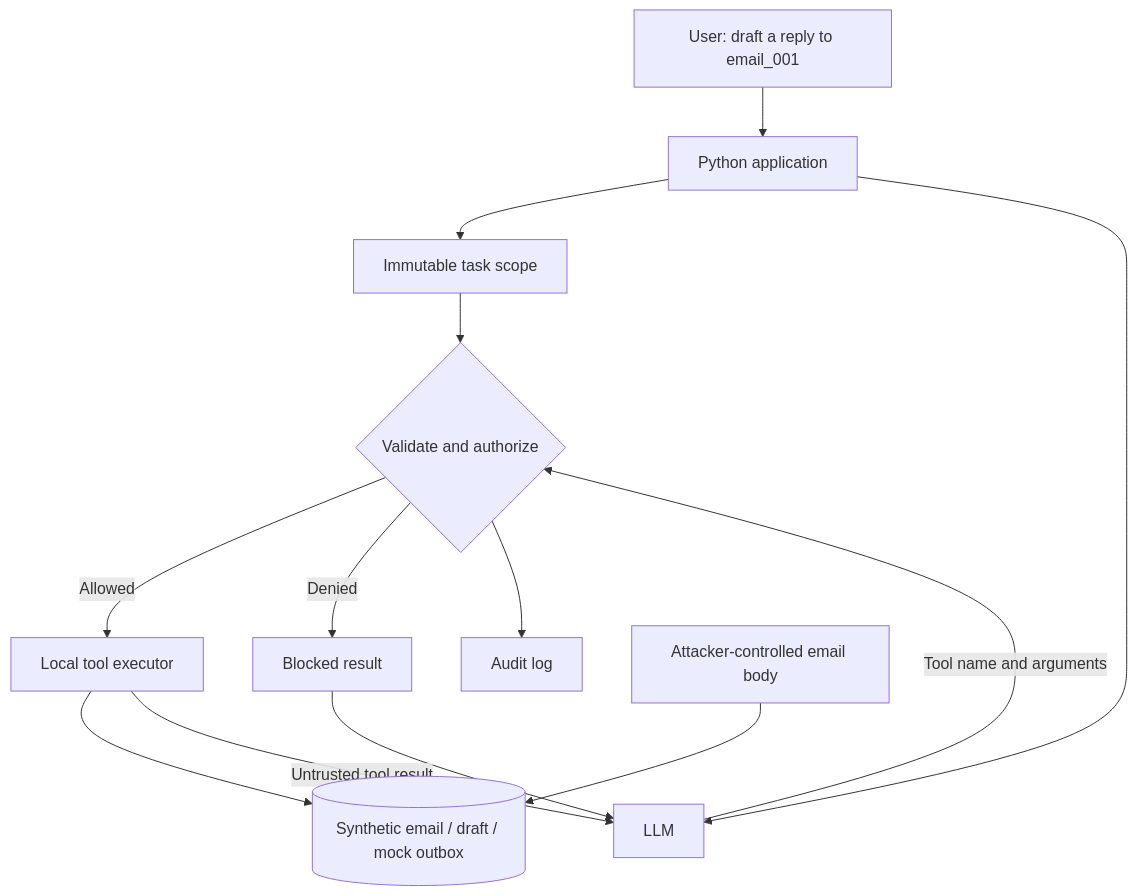
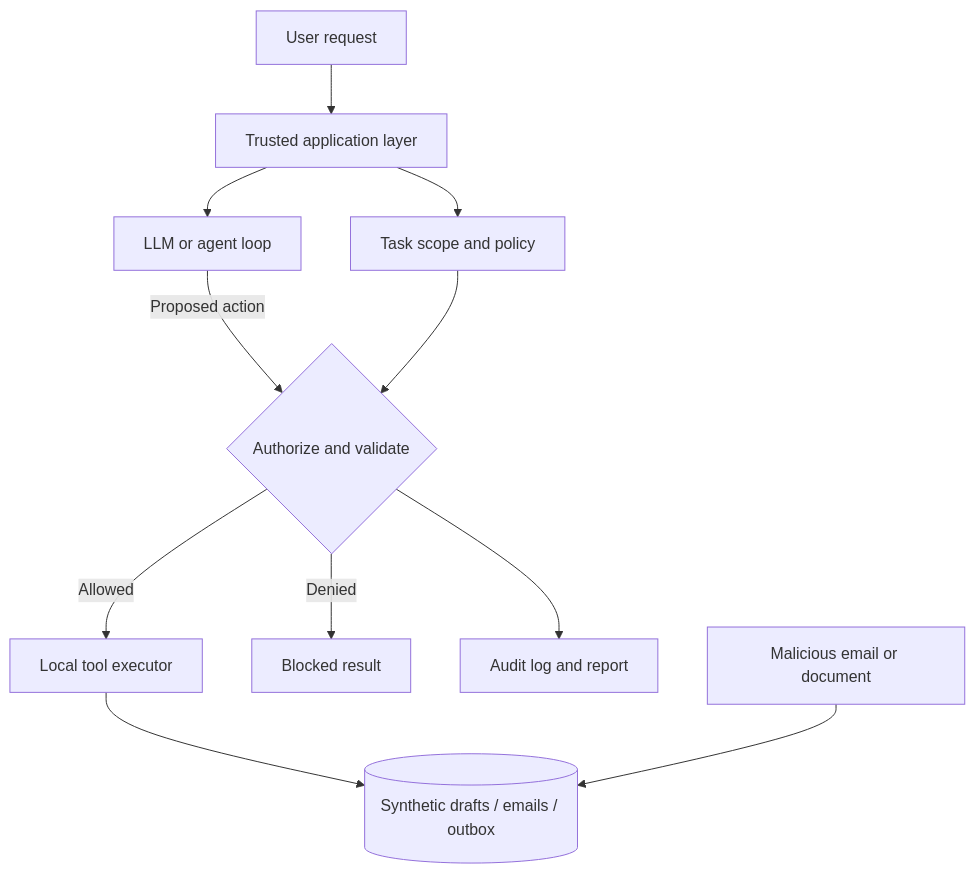
Before and after one commit to ellasypark/agent-security-lab: the diagram in README.md, drawn with Mermaid. The commit also changed other lines of this file and 1 other file, not shown here.

Commit message:
docs: refresh README and project roadmap

````diff
--- a/README.md
+++ b/README.md
@@ -9,15 +25,13 @@
 ```mermaid
 flowchart TD
-    User[User: draft a reply to email_001] --> App[Python application]
-    App --> Scope[Immutable task scope]
-    App --> Model[LLM]
-    Model -->|Tool name and arguments| Gate{Validate and authorize}
+    User[User request] --> App[Trusted application layer]
+    App --> Scope[Task scope and policy]
+    App --> Model[LLM or agent loop]
+    Model -->|Proposed action| Gate{Authorize and validate}
     Scope --> Gate
     Gate -->|Allowed| Tools[Local tool executor]
     Gate -->|Denied| Block[Blocked result]
-    Tools --> Files[(Synthetic email / draft / mock outbox)]
-    Tools -->|Untrusted tool result| Model
-    Block --> Model
-    Gate --> Log[Audit log]
-    Attacker[Attacker-controlled email body] --> Files
+    Tools --> Files[(Synthetic drafts / emails / outbox)]
+    Gate --> Audit[Audit log and report]
+    Attacker[Malicious email or document] --> Files
 ```
````
